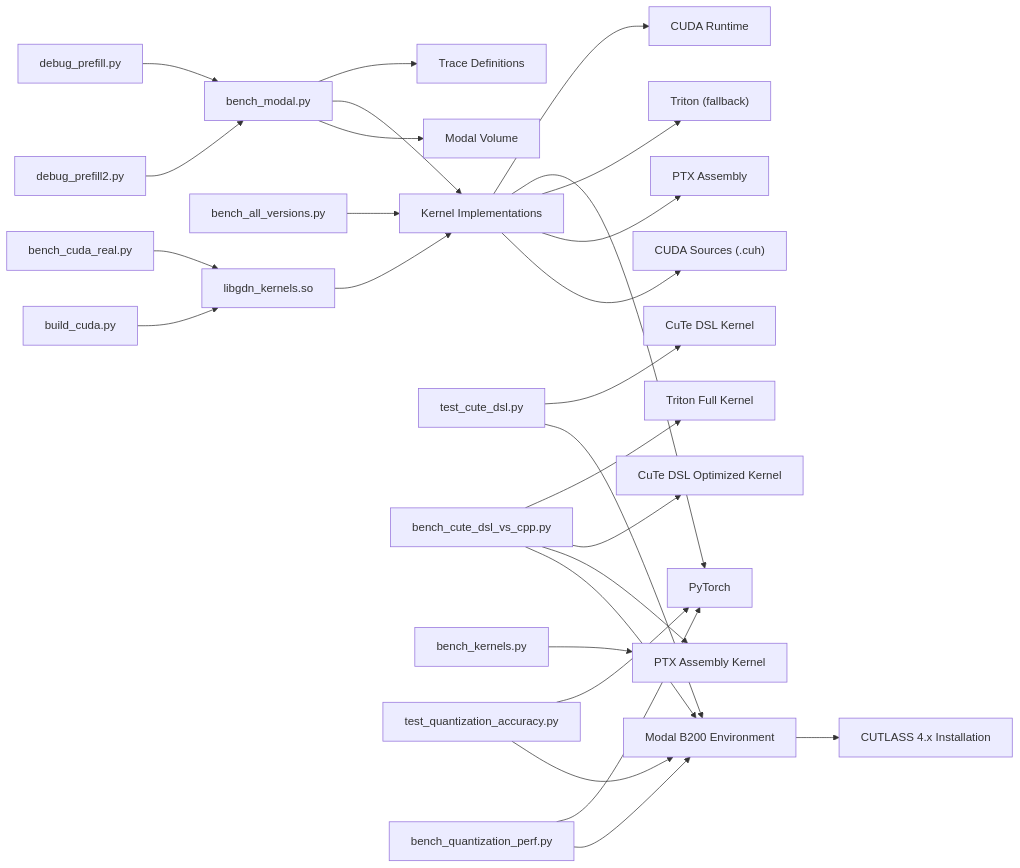
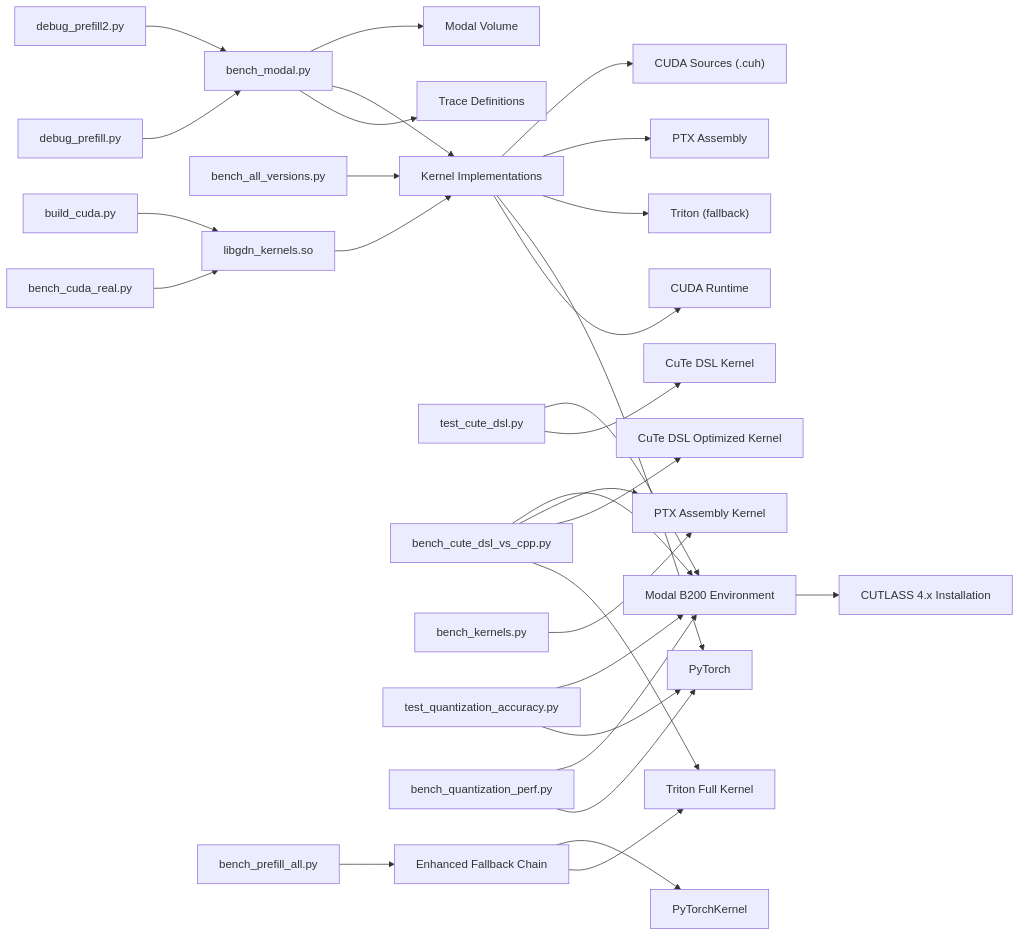
Diagram 15 of 18 in .qoder/repowiki/en/content/Performance Analysis/Performance Analysis.md (gugudeshubao/flashinfer-bench-tma-thrust), drawn with Mermaid before and after one commit. The commit also changed other lines of this file and 46 other files, not shown here.

````diff
--- a/.qoder/repowiki/en/content/Performance Analysis/Performance Analysis.md
+++ b/.qoder/repowiki/en/content/Performance Analysis/Performance Analysis.md
@@ -914,29 +1057,32 @@
 ```mermaid
 graph LR
 Runner["bench_modal.py"] --> Defs["Trace Definitions"]
 Runner --> Kernels["Kernel Implementations"]
 Kernels --> CUDA["CUDA Runtime"]
 Kernels --> Torch["PyTorch"]
 Kernels --> Triton["Triton (fallback)"]
 Kernels --> PTX["PTX Assembly"]
 Runner --> Volume["Modal Volume"]
 Debug1["debug_prefill.py"] --> Runner
 Debug2["debug_prefill2.py"] --> Runner
 AllVersions["bench_all_versions.py"] --> Kernels
 RealCUDA["bench_cuda_real.py"] --> Lib["libgdn_kernels.so"]
 BuildCUDA["build_cuda.py"] --> Lib
 Lib --> Kernels
 CuTeTest["test_cute_dsl.py"] --> CuTeDSL["CuTe DSL Kernel"]
 CuTeTest --> ModalEnv["Modal B200 Environment"]
 ModalEnv --> CUTLASS["CUTLASS 4.x Installation"]
 PerfComp["bench_cute_dsl_vs_cpp.py"] --> TritonKernel["Triton Full Kernel"]
 PerfComp --> CuTeKernel["CuTe DSL Optimized Kernel"]
 PerfComp --> PTXKernel["PTX Assembly Kernel"]
 PerfComp --> ModalEnv
 PTXBench["bench_kernels.py"] --> PTXKernel
 QuantTest["test_quantization_accuracy.py"] --> Torch
 QuantTest --> ModalEnv
 QuantBench["bench_quantization_perf.py"] --> Torch
 QuantBench --> ModalEnv
+PrefillBench["bench_prefill_all.py"] --> FallbackSystem["Enhanced Fallback Chain"]
+FallbackSystem --> TritonKernel
+FallbackSystem --> PyTorchKernel
 Kernels --> CUDA_SRC["CUDA Sources (.cuh)"]
 ```
````
